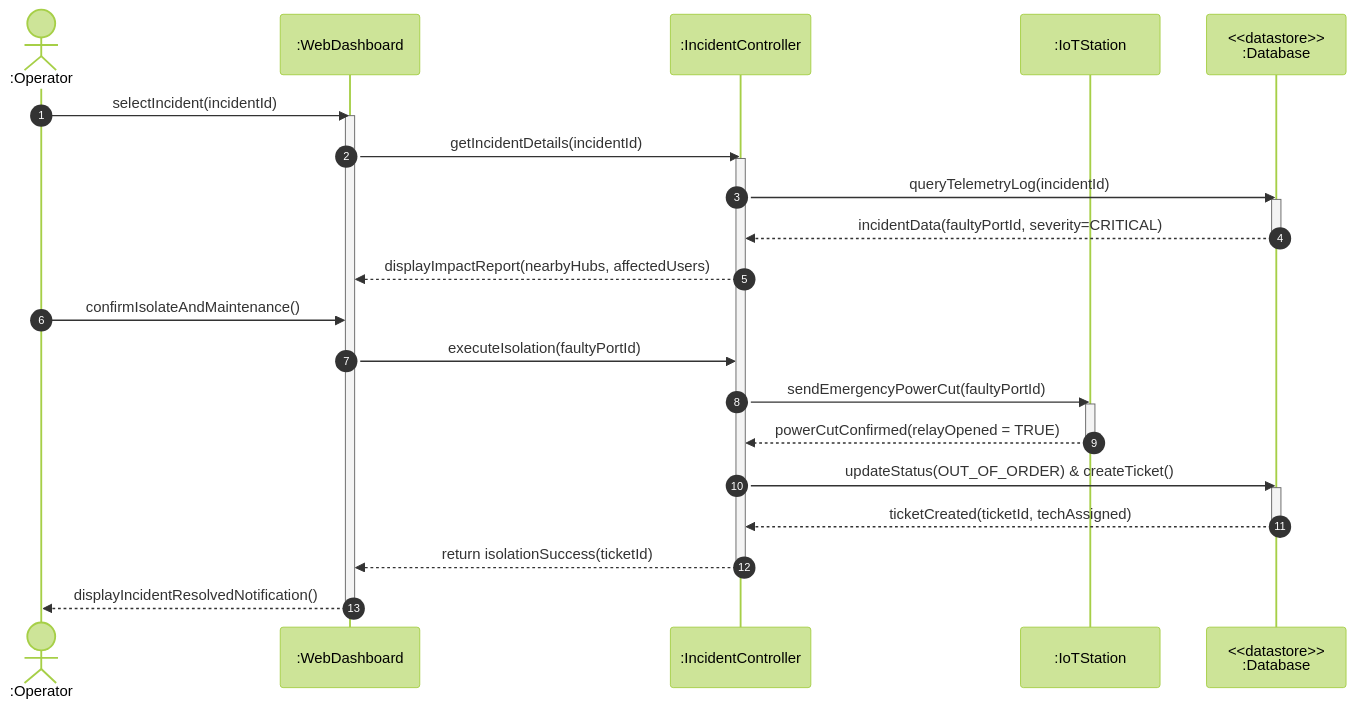
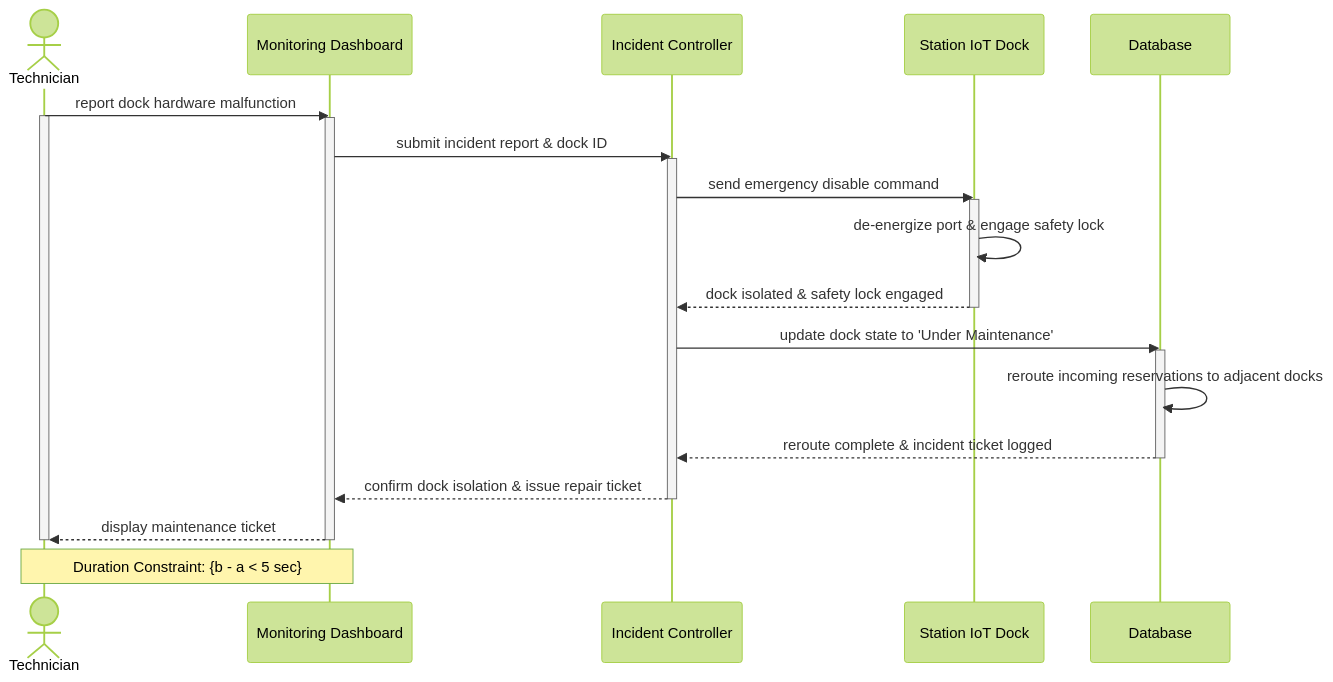
Before and after one commit to YdtTran/software-engineerning: diagram 12 of 14 in 01_Diagram/02_Sequence_Diagram/PLANTUML_SEQUENCE.md, drawn with Mermaid (forest theme). The commit also changed other lines of this file and 19 other files, not shown here.

Commit message:
feat(diagram): update sequence diagrams with slide-standard visuals and rendered pngs

````diff
--- a/01_Diagram/02_Sequence_Diagram/PLANTUML_SEQUENCE.md
+++ b/01_Diagram/02_Sequence_Diagram/PLANTUML_SEQUENCE.md
@@ -493,33 +577,30 @@
 ```mermaid
 sequenceDiagram
-    autonumber
-    actor Admin as :Operator
-    participant UI as :WebDashboard
-    participant Ctrl as :IncidentController
-    participant IoT as :IoTStation
-    participant DB as <<datastore>><br/>:Database
+    actor Tech as Technician
+    participant Dash as Monitoring Dashboard
+    participant Ctrl as Incident Controller
+    participant Dock as Station IoT Dock
+    participant DB as Database
 
-    Admin->>UI: selectIncident(incidentId)
-    activate UI
-    UI->>Ctrl: getIncidentDetails(incidentId)
+    Tech->>Dash: report dock hardware malfunction
+    activate Tech
+    activate Dash
+    Dash->>Ctrl: submit incident report & dock ID
     activate Ctrl
-    Ctrl->>DB: queryTelemetryLog(incidentId)
+    Ctrl->>Dock: send emergency disable command
+    activate Dock
+    Dock->>Dock: de-energize port & engage safety lock
+    Dock-->>Ctrl: dock isolated & safety lock engaged
+    deactivate Dock
+    Ctrl->>DB: update dock state to 'Under Maintenance'
     activate DB
-    DB-->>Ctrl: incidentData(faultyPortId, severity=CRITICAL)
+    DB->>DB: reroute incoming reservations to adjacent docks
+    DB-->>Ctrl: reroute complete & incident ticket logged
     deactivate DB
-    Ctrl-->>UI: displayImpactReport(nearbyHubs, affectedUsers)
-    Admin->>UI: confirmIsolateAndMaintenance()
-    UI->>Ctrl: executeIsolation(faultyPortId)
-    Ctrl->>IoT: sendEmergencyPowerCut(faultyPortId)
-    activate IoT
-    IoT-->>Ctrl: powerCutConfirmed(relayOpened = TRUE)
-    deactivate IoT
-    Ctrl->>DB: updateStatus(OUT_OF_ORDER) & createTicket()
-    activate DB
-    DB-->>Ctrl: ticketCreated(ticketId, techAssigned)
-    deactivate DB
-    Ctrl-->>UI: return isolationSuccess(ticketId)
+    Ctrl-->>Dash: confirm dock isolation & issue repair ticket
     deactivate Ctrl
-    UI-->>Admin: displayIncidentResolvedNotification()
-    deactivate UI
+    Dash-->>Tech: display maintenance ticket #INC-892
+    deactivate Dash
+    deactivate Tech
+    Note over Tech,Dash: Duration Constraint: {b - a < 5 sec}
 ```
````
